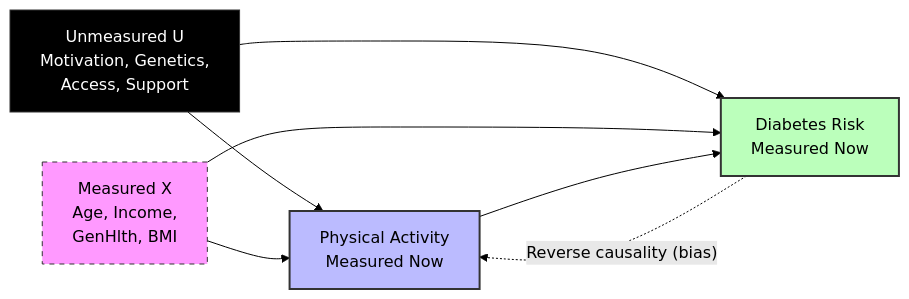
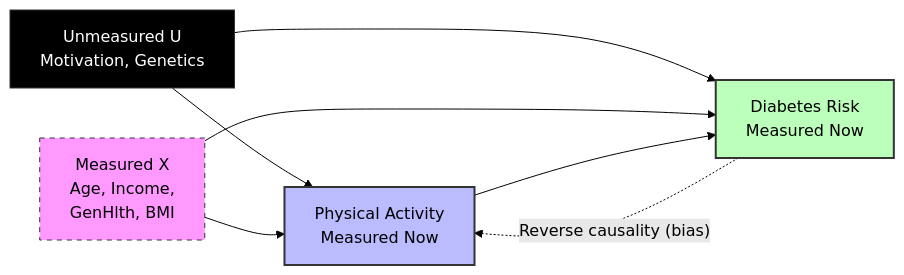
The second of 2 diagrams in class_project/MSML610/Fall2025/Projects/TutorTask35_Fall2025_CausalML_Measuring_the_Impact_of_Lifestyle_Programs_on_Diabetes_Outcomes/CausalML.example.md (gpsaggese/gpsaggese.github.io), drawn with Mermaid (forest theme) before and after one commit. The commit also changed other lines of this file and 2 other files, not shown here.

````diff
--- a/class_project/MSML610/Fall2025/Projects/TutorTask35_Fall2025_CausalML_Measuring_the_Impact_of_Lifestyle_Programs_on_Diabetes_Outcomes/CausalML.example.md
+++ b/class_project/MSML610/Fall2025/Projects/TutorTask35_Fall2025_CausalML_Measuring_the_Impact_of_Lifestyle_Programs_on_Diabetes_Outcomes/CausalML.example.md
@@ -65,21 +55,20 @@
 ```mermaid
-%% DAG 2: Actual Cross-Sectional Reality (What We Have)
 graph LR
-    U[Unmeasured U<br/>Motivation, Genetics,<br/>Access, Support]
+    U[Unmeasured U<br/>Motivation, Genetics]
     X[Measured X<br/>Age, Income,<br/>GenHlth, BMI]
     T[Physical Activity<br/>Measured Now]
     Y[Diabetes Risk<br/>Measured Now]
 
     U --> T
     U --> Y
     X --> T
     X --> Y
 
     T --> Y
     Y -. Reverse causality (bias) .-> T
 
     style U fill:#000,stroke:#333,color:#fff
     style X fill:#f9f,stroke:#333,stroke-dasharray: 5 5,color:#000
     style T fill:#bbf,stroke:#333,stroke-width:2px,color:#000
     style Y fill:#bfb,stroke:#333,stroke-width:2px,color:#000
 ```
````
